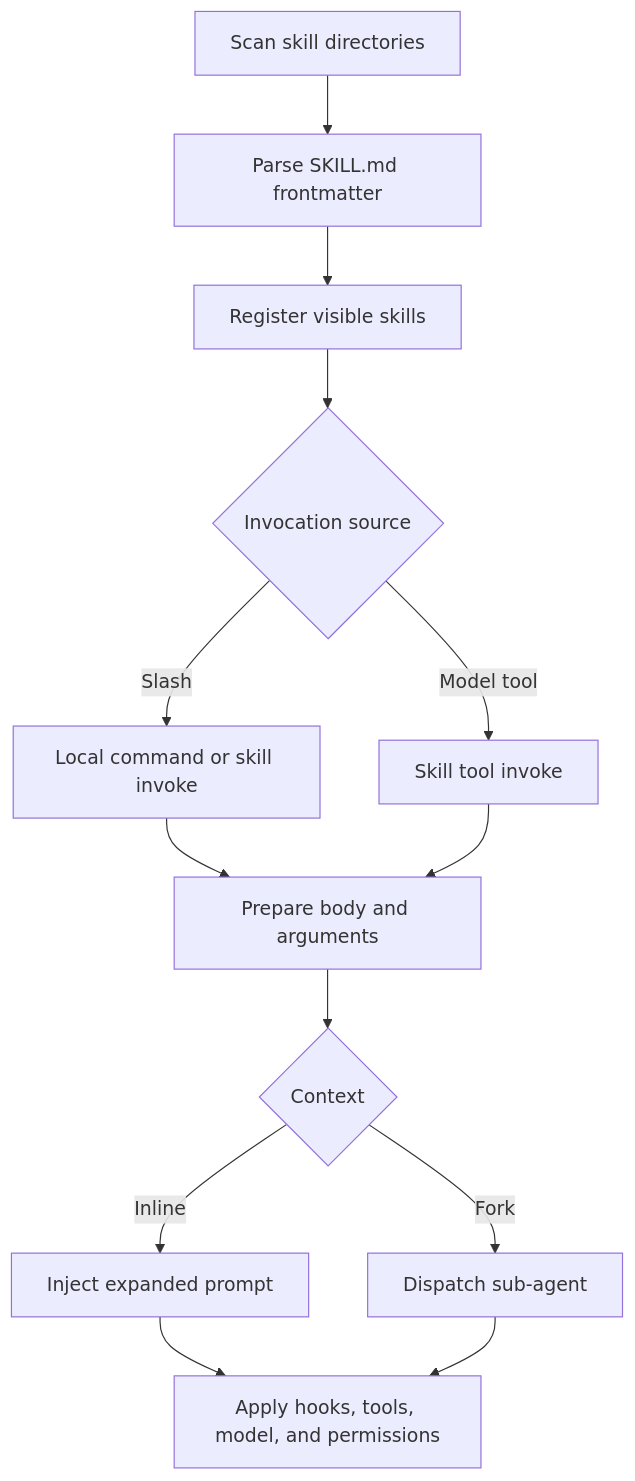
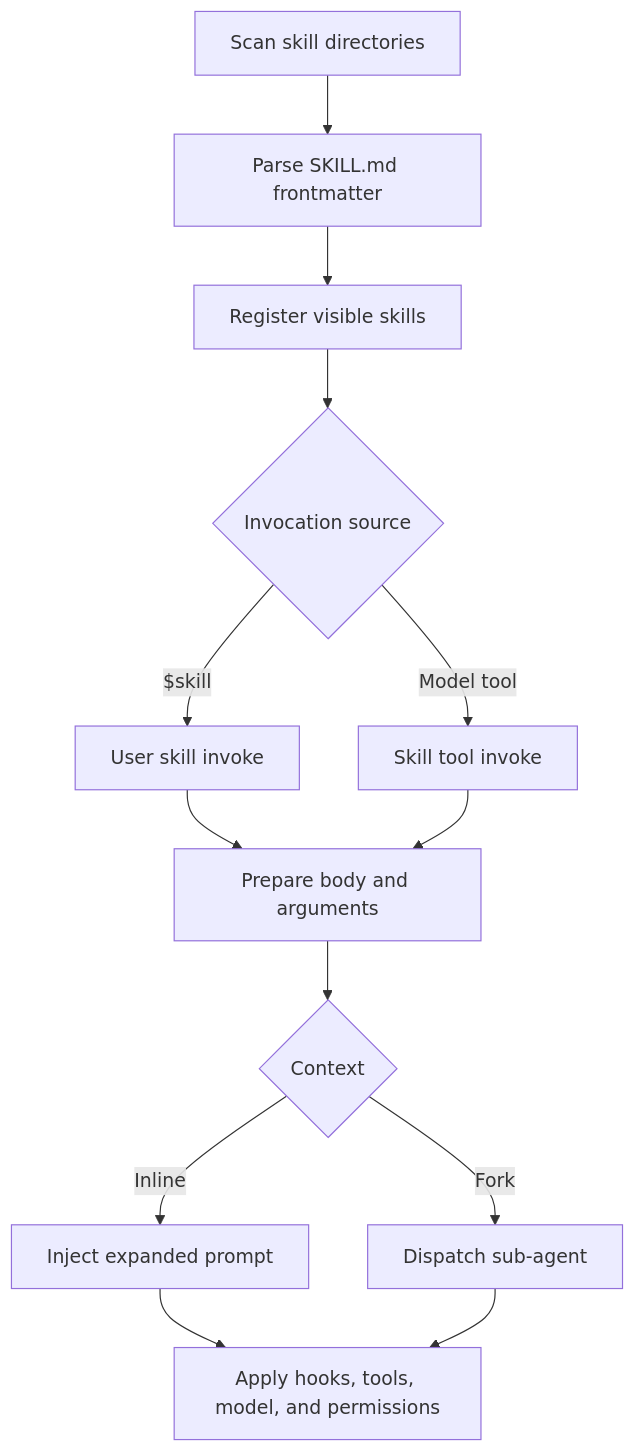
The diagram in docs/skills.md (FrauH0lle/mevedel), drawn with Mermaid before and after one commit. The commit also changed other lines of this file and 41 other files, not shown here.

````diff
--- a/docs/skills.md
+++ b/docs/skills.md
@@ -10,15 +10,15 @@
 ```mermaid
 flowchart TD
     A[Scan skill directories] --> B[Parse SKILL.md frontmatter]
     B --> C[Register visible skills]
     C --> D{Invocation source}
-    D -- Slash --> E[Local command or skill invoke]
+    D -- $skill --> E[User skill invoke]
     D -- Model tool --> F[Skill tool invoke]
     E --> G[Prepare body and arguments]
     F --> G
     G --> H{Context}
     H -- Inline --> I[Inject expanded prompt]
     H -- Fork --> J[Dispatch sub-agent]
     I --> K[Apply hooks, tools, model, and permissions]
     J --> K
 ```
````
